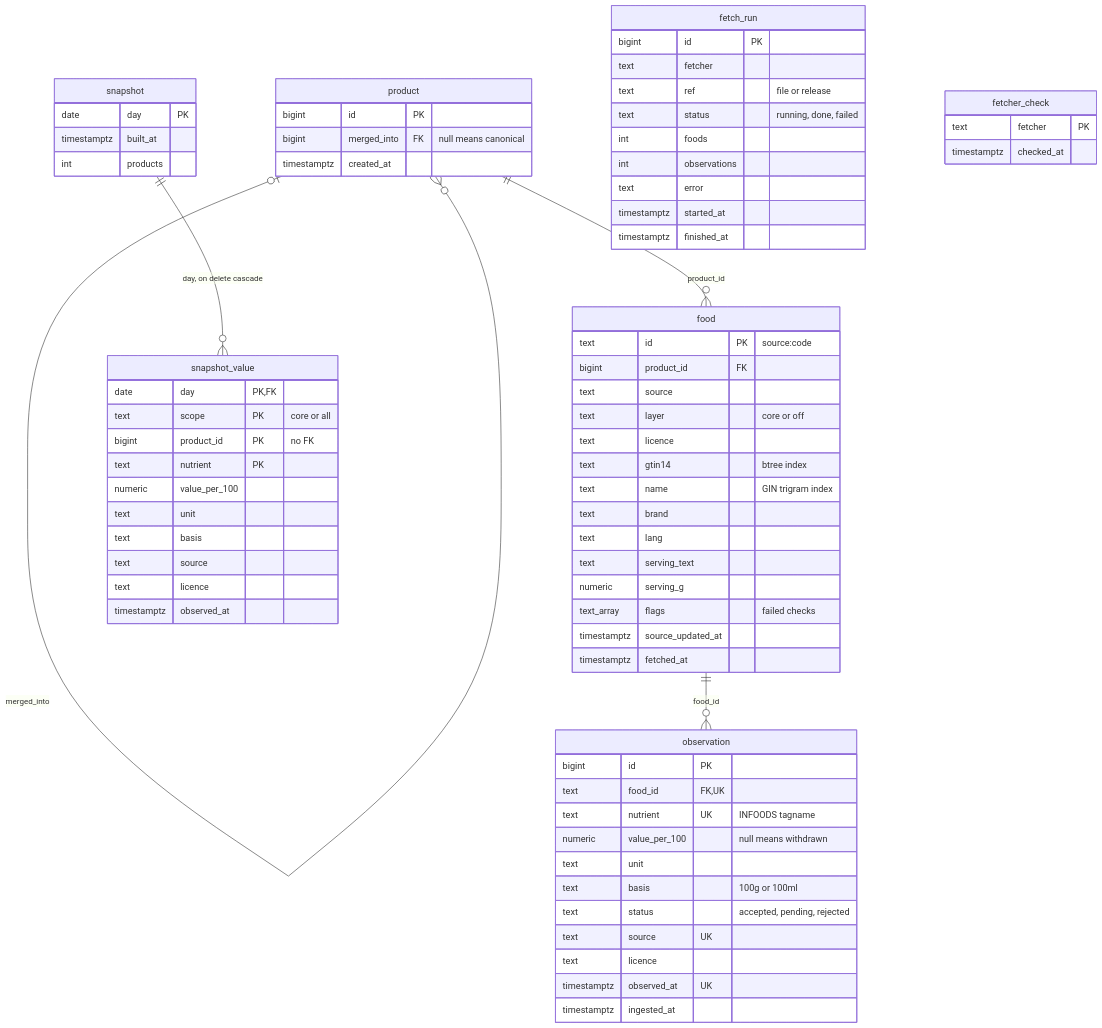
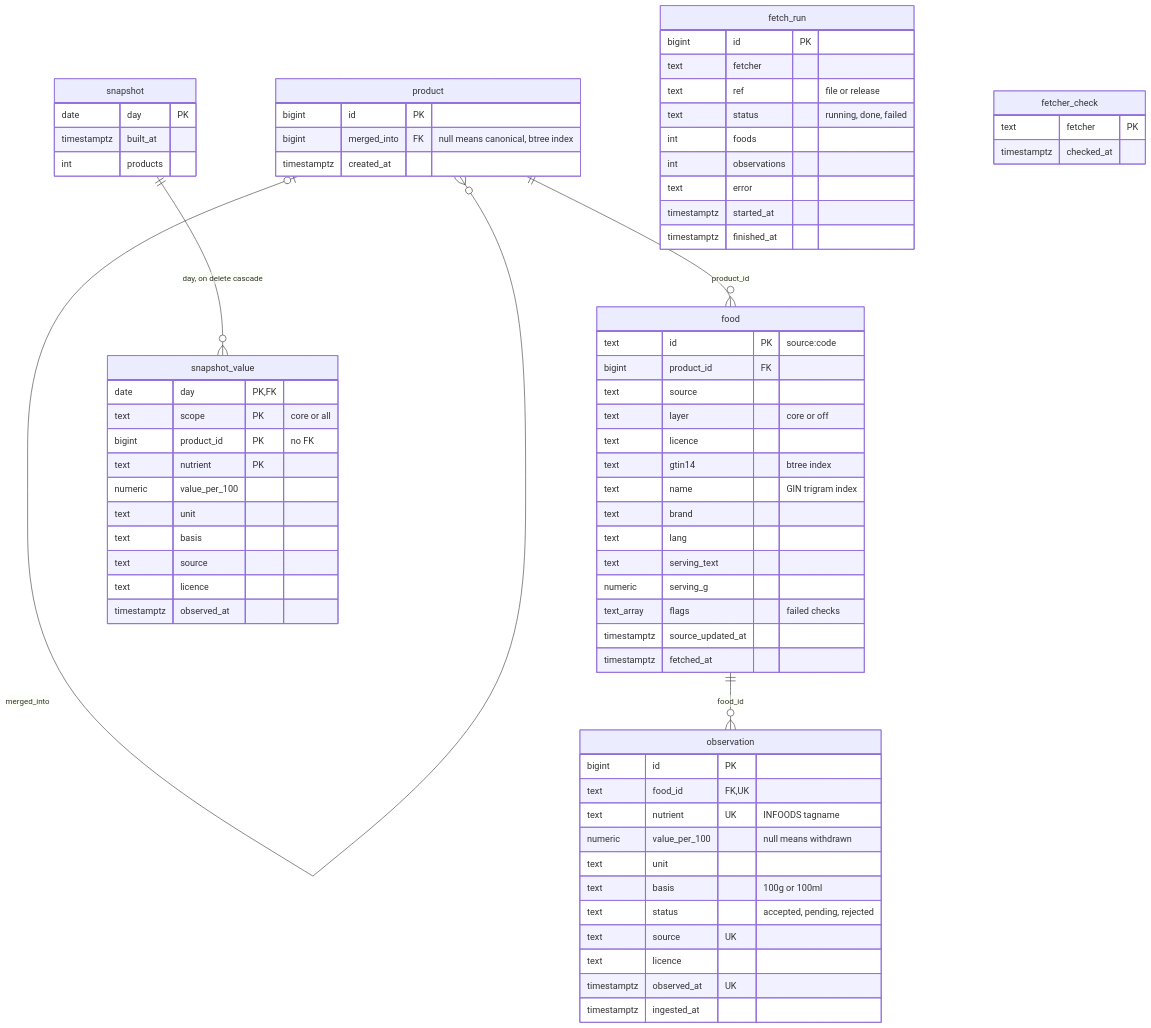
One commit to eait-fit/fooddb changed the fifth of 9 diagrams in docs/architecture.md. Above: the diagram before and after it, drawn with Mermaid. The commit also changed other lines of this file and 8 other files, not shown here.

````diff
--- a/docs/architecture.md
+++ b/docs/architecture.md
@@ -301,73 +313,73 @@
 ```mermaid
 erDiagram
     product |o--o{ product : "merged_into"
     product ||--o{ food : "product_id"
     food ||--o{ observation : "food_id"
     snapshot ||--o{ snapshot_value : "day, on delete cascade"
     product {
         bigint id PK
-        bigint merged_into FK "null means canonical"
+        bigint merged_into FK "null means canonical, btree index"
         timestamptz created_at
     }
     food {
         text id PK "source:code"
         bigint product_id FK
         text source
         text layer "core or off"
         text licence
         text gtin14 "btree index"
         text name "GIN trigram index"
         text brand
         text lang
         text serving_text
         numeric serving_g
         text_array flags "failed checks"
         timestamptz source_updated_at
         timestamptz fetched_at
     }
     observation {
         bigint id PK
         text food_id FK,UK
         text nutrient UK "INFOODS tagname"
         numeric value_per_100 "null means withdrawn"
         text unit
         text basis "100g or 100ml"
         text status "accepted, pending, rejected"
         text source UK
         text licence
         timestamptz observed_at UK
         timestamptz ingested_at
     }
     snapshot {
         date day PK
         timestamptz built_at
         int products
     }
     snapshot_value {
         date day PK,FK
         text scope PK "core or all"
         bigint product_id PK "no FK"
         text nutrient PK
         numeric value_per_100
         text unit
         text basis
         text source
         text licence
         timestamptz observed_at
     }
     fetch_run {
         bigint id PK
         text fetcher
         text ref "file or release"
         text status "running, done, failed"
         int foods
         int observations
         text error
         timestamptz started_at
         timestamptz finished_at
     }
     fetcher_check {
         text fetcher PK
         timestamptz checked_at
     }
 ```
````
